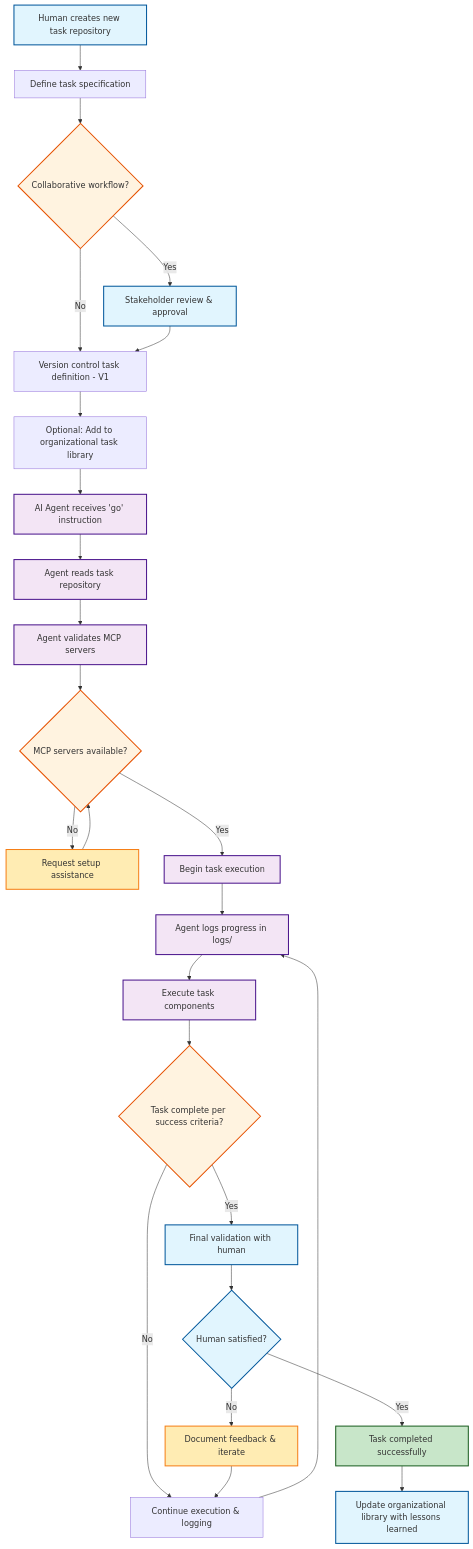
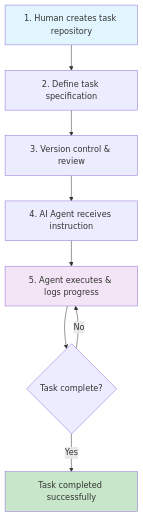
The diagram in README.md (danielrosehill/Agent-Task-Repo-Pattern-With-MCP), drawn with Mermaid before and after one commit. The commit also changed other lines of this file and 1 other file, not shown here.

````diff
--- a/README.md
+++ b/README.md
@@ -36,50 +36,14 @@
 ```mermaid
 flowchart TD
-    A[Human creates new task repository] --> B[Define task specification]
-    B --> C{Collaborative workflow?}
-    C -->|Yes| D[Stakeholder review & approval]
-    C -->|No| E[Version control task definition]
-    D --> E[Version control task definition - V1]
-    
-    E --> F[Optional: Add to organizational task library]
-    F --> G[AI Agent receives 'go' instruction]
-    G --> H[Agent reads task repository]
-    
-    H --> I[Agent validates MCP servers]
-    I --> J{MCP servers available?}
-    J -->|No| K[Request setup assistance]
-    J -->|Yes| L[Begin task execution]
-    
-    K --> J
-    L --> M[Agent logs progress in logs/]
-    M --> N[Execute task components]
-    N --> O{Task complete per success criteria?}
-    
-    O -->|No| P[Continue execution & logging]
-    P --> M
-    O -->|Yes| Q[Final validation with human]
-    Q --> R{Human satisfied?}
-    
-    R -->|No| S[Document feedback & iterate]
-    S --> P
-    R -->|Yes| T[Task completed successfully]
-    
-    T --> U[Update organizational library with lessons learned]
+    A[1. Human creates task repository] --> B[2. Define task specification]
+    B --> C[3. Version control & review]
+    C --> D[4. AI Agent receives instruction]
+    D --> E[5. Agent executes & logs progress]
+    E --> F{Task complete?}
+    F -->|No| E
+    F -->|Yes| G[Task completed successfully]
     
     style A fill:#e1f5fe
-    style T fill:#c8e6c9
-    style K fill:#ffecb3
-    style S fill:#ffecb3
-    
-    classDef humanAction fill:#e1f5fe,stroke:#01579b,stroke-width:2px
-    classDef agentAction fill:#f3e5f5,stroke:#4a148c,stroke-width:2px
-    classDef decision fill:#fff3e0,stroke:#e65100,stroke-width:2px
-    classDef success fill:#c8e6c9,stroke:#1b5e20,stroke-width:2px
-    classDef warning fill:#ffecb3,stroke:#f57f17,stroke-width:2px
-    
-    class A,D,Q,R,U humanAction
-    class G,H,I,L,M,N agentAction
-    class C,J,O decision
-    class T success
-    class K,S warning
+    style G fill:#c8e6c9
+    style E fill:#f3e5f5
 ```
````
